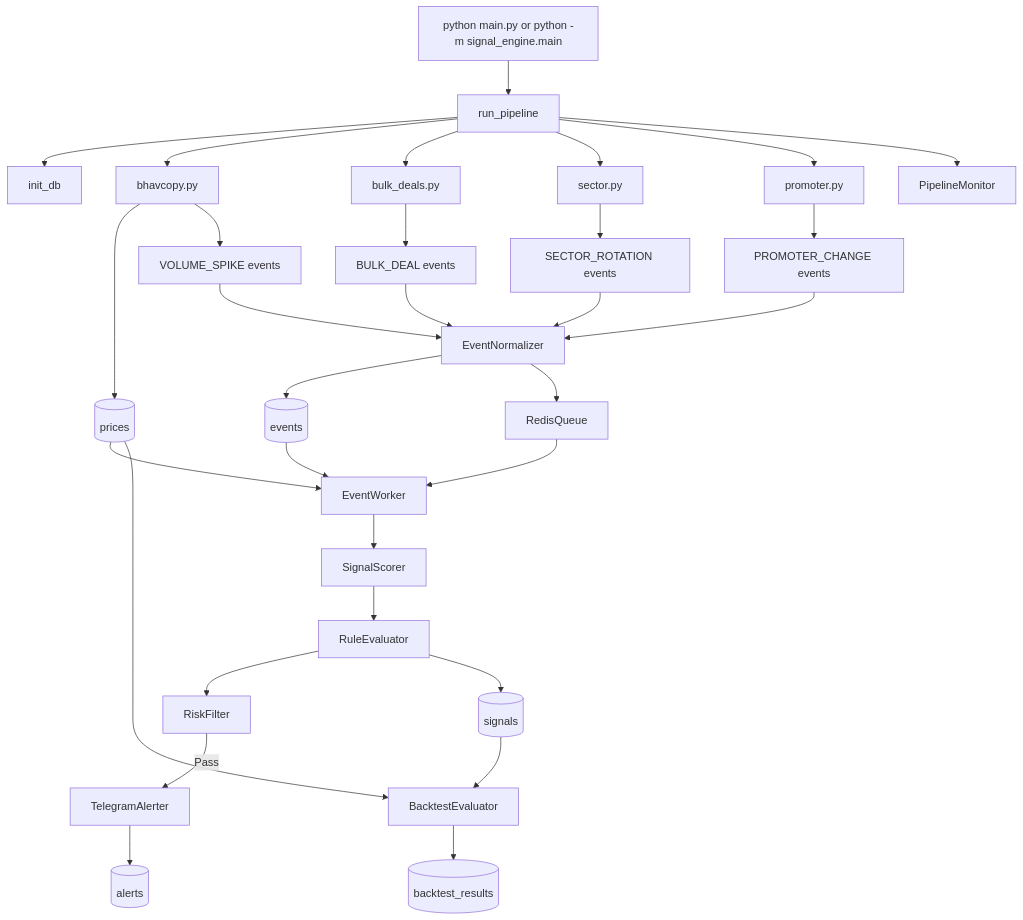
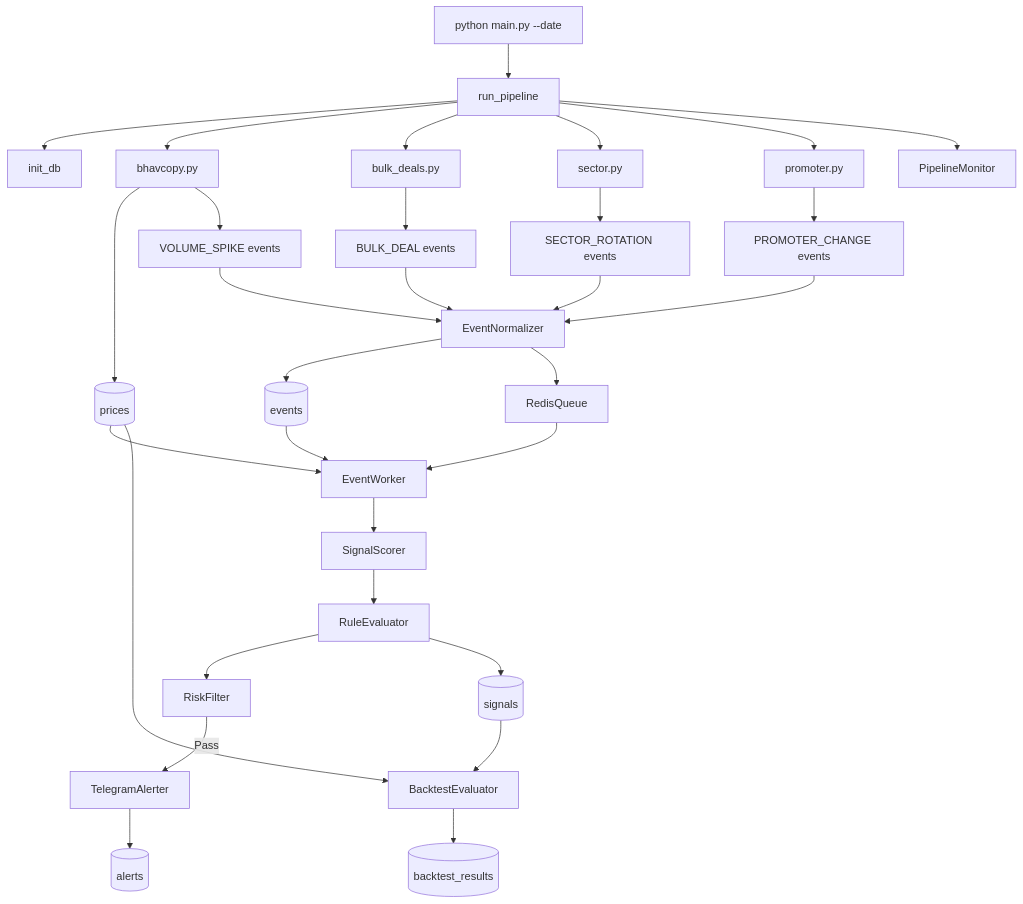
One commit to elvishpatel/SignalEngine changed the diagram in README.md. Above: the diagram before and after it, drawn with Mermaid. The commit also changed other lines of this file, not shown here.

````diff
--- a/README.md
+++ b/README.md
@@ -45,42 +19,42 @@
 ```mermaid
 flowchart TD
-    A[python main.py or python -m signal_engine.main] --> B[run_pipeline]
+    A[python main.py --date] --> B[run_pipeline]
     B --> C[init_db]
 
     B --> D[bhavcopy.py]
     B --> E[bulk_deals.py]
     B --> F[sector.py]
     B --> G[promoter.py]
 
     D --> H[(prices)]
     D --> I[VOLUME_SPIKE events]
     E --> J[BULK_DEAL events]
     F --> K[SECTOR_ROTATION events]
     G --> L[PROMOTER_CHANGE events]
 
     I --> M[EventNormalizer]
     J --> M
     K --> M
     L --> M
 
     M --> N[(events)]
     M --> O[RedisQueue]
 
     O --> P[EventWorker]
     N --> P
     H --> P
 
     P --> Q[SignalScorer]
     Q --> R[RuleEvaluator]
     R --> S[RiskFilter]
 
     R --> T[(signals)]
     S -->|Pass| U[TelegramAlerter]
     U --> V[(alerts)]
 
     T --> W[BacktestEvaluator]
     H --> W
     W --> X[(backtest_results)]
 
     B --> Y[PipelineMonitor]
 ```
````
